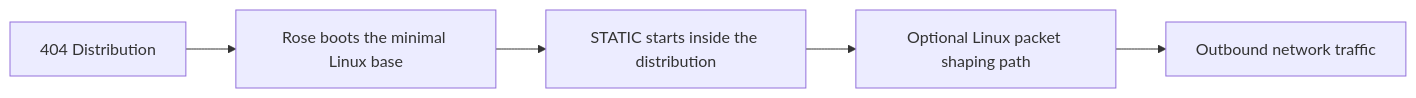
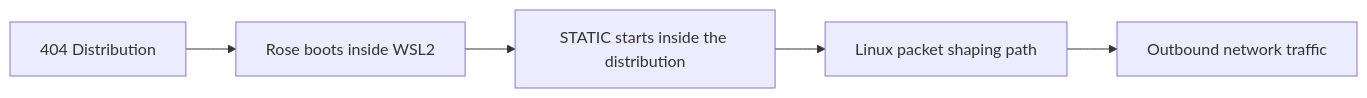
Before and after one commit to un-nf/404-docs: the first of 2 diagrams in docs/Overview/rose.md, drawn with Mermaid. The commit also changed other lines of this file and 9 other files, not shown here.

````diff
--- a/docs/Overview/rose.md
+++ b/docs/Overview/rose.md
@@ -52,7 +47,7 @@
 ```mermaid
 flowchart LR
-    D[404 Distribution] --> R[Rose boots the minimal Linux base]
+        D[404 Distribution] --> R[Rose boots inside WSL2]
     R --> S[STATIC starts inside the distribution]
-    S --> M[Optional Linux packet shaping path]
+        S --> M[Linux packet shaping path]
     M --> N[Outbound network traffic]
 ```
````
